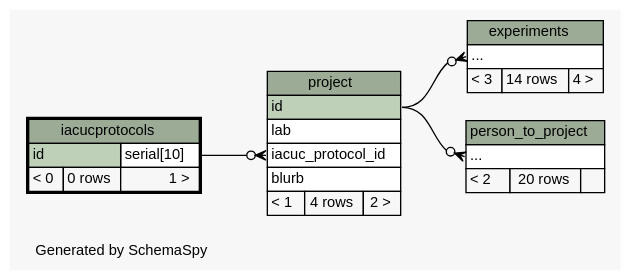
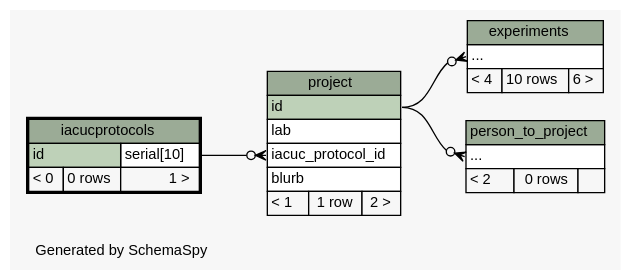
The diagram in database/ss/diagrams/iacucprotocols.2degrees.dot (tgbugs/mlab), drawn with Graphviz before and after one commit. The commit also changed 215 other files, not shown here.

```diff
--- a/database/ss/diagrams/iacucprotocols.2degrees.dot
+++ b/database/ss/diagrams/iacucprotocols.2degrees.dot
@@ -1,68 +1,68 @@
 // dot 2.32.0 on Windows 7 6.1
 // SchemaSpy rev 590
 digraph "twoDegreesRelationshipsDiagram" {
   graph [
     rankdir="RL"
     bgcolor="#f7f7f7"
     label="\nGenerated by SchemaSpy"
     labeljust="l"
     nodesep="0.18"
     ranksep="0.46"
     fontname="Helvetica"
     fontsize="11"
   ];
   node [
     fontname="Helvetica"
     fontsize="11"
     shape="plaintext"
   ];
   edge [
     arrowsize="0.8"
   ];
   "experiments":"elipses":w -> "project":"id":e [arrowhead=none dir=back arrowtail=crowodot];
   "person_to_project":"elipses":w -> "project":"id":e [arrowhead=none dir=back arrowtail=crowodot];
   "project":"iacuc_protocol_id":w -> "iacucprotocols":"id.type":e [arrowhead=none dir=back arrowtail=crowodot];
   "experiments" [
     label=<
     <TABLE BORDER="0" CELLBORDER="1" CELLSPACING="0" BGCOLOR="#ffffff">
       <TR><TD COLSPAN="3" BGCOLOR="#9bab96" ALIGN="CENTER">experiments</TD></TR>
       <TR><TD PORT="elipses" COLSPAN="3" ALIGN="LEFT">...</TD></TR>
-      <TR><TD ALIGN="LEFT" BGCOLOR="#f7f7f7">&lt; 3</TD><TD ALIGN="RIGHT" BGCOLOR="#f7f7f7">14 rows</TD><TD ALIGN="RIGHT" BGCOLOR="#f7f7f7">4 &gt;</TD></TR>
+      <TR><TD ALIGN="LEFT" BGCOLOR="#f7f7f7">&lt; 4</TD><TD ALIGN="RIGHT" BGCOLOR="#f7f7f7">10 rows</TD><TD ALIGN="RIGHT" BGCOLOR="#f7f7f7">6 &gt;</TD></TR>
     </TABLE>>
     URL="experiments.html"
     tooltip="experiments"
   ];
   "iacucprotocols" [
     label=<
     <TABLE BORDER="2" CELLBORDER="1" CELLSPACING="0" BGCOLOR="#ffffff">
       <TR><TD COLSPAN="3" BGCOLOR="#9bab96" ALIGN="CENTER">iacucprotocols</TD></TR>
       <TR><TD PORT="id" COLSPAN="2" BGCOLOR="#bed1b8" ALIGN="LEFT">id</TD><TD PORT="id.type" ALIGN="LEFT">serial[10]</TD></TR>
       <TR><TD ALIGN="LEFT" BGCOLOR="#f7f7f7">&lt; 0</TD><TD ALIGN="RIGHT" BGCOLOR="#f7f7f7">0 rows</TD><TD ALIGN="RIGHT" BGCOLOR="#f7f7f7">1 &gt;</TD></TR>
     </TABLE>>
     URL="iacucprotocols.html"
     tooltip="iacucprotocols"
   ];
   "person_to_project" [
     label=<
     <TABLE BORDER="0" CELLBORDER="1" CELLSPACING="0" BGCOLOR="#ffffff">
       <TR><TD COLSPAN="3" BGCOLOR="#9bab96" ALIGN="CENTER">person_to_project</TD></TR>
       <TR><TD PORT="elipses" COLSPAN="3" ALIGN="LEFT">...</TD></TR>
-      <TR><TD ALIGN="LEFT" BGCOLOR="#f7f7f7">&lt; 2</TD><TD ALIGN="RIGHT" BGCOLOR="#f7f7f7">20 rows</TD><TD ALIGN="RIGHT" BGCOLOR="#f7f7f7">  </TD></TR>
+      <TR><TD ALIGN="LEFT" BGCOLOR="#f7f7f7">&lt; 2</TD><TD ALIGN="RIGHT" BGCOLOR="#f7f7f7">0 rows</TD><TD ALIGN="RIGHT" BGCOLOR="#f7f7f7">  </TD></TR>
     </TABLE>>
     URL="person_to_project.html"
     tooltip="person_to_project"
   ];
   "project" [
     label=<
     <TABLE BORDER="0" CELLBORDER="1" CELLSPACING="0" BGCOLOR="#ffffff">
       <TR><TD COLSPAN="3" BGCOLOR="#9bab96" ALIGN="CENTER">project</TD></TR>
       <TR><TD PORT="id" COLSPAN="3" BGCOLOR="#bed1b8" ALIGN="LEFT">id</TD></TR>
       <TR><TD PORT="lab" COLSPAN="3" ALIGN="LEFT">lab</TD></TR>
       <TR><TD PORT="iacuc_protocol_id" COLSPAN="3" ALIGN="LEFT">iacuc_protocol_id</TD></TR>
       <TR><TD PORT="blurb" COLSPAN="3" ALIGN="LEFT">blurb</TD></TR>
-      <TR><TD ALIGN="LEFT" BGCOLOR="#f7f7f7">&lt; 1</TD><TD ALIGN="RIGHT" BGCOLOR="#f7f7f7">4 rows</TD><TD ALIGN="RIGHT" BGCOLOR="#f7f7f7">2 &gt;</TD></TR>
+      <TR><TD ALIGN="LEFT" BGCOLOR="#f7f7f7">&lt; 1</TD><TD ALIGN="RIGHT" BGCOLOR="#f7f7f7">1 row</TD><TD ALIGN="RIGHT" BGCOLOR="#f7f7f7">2 &gt;</TD></TR>
     </TABLE>>
     URL="project.html"
     tooltip="project"
   ];
 }
```
